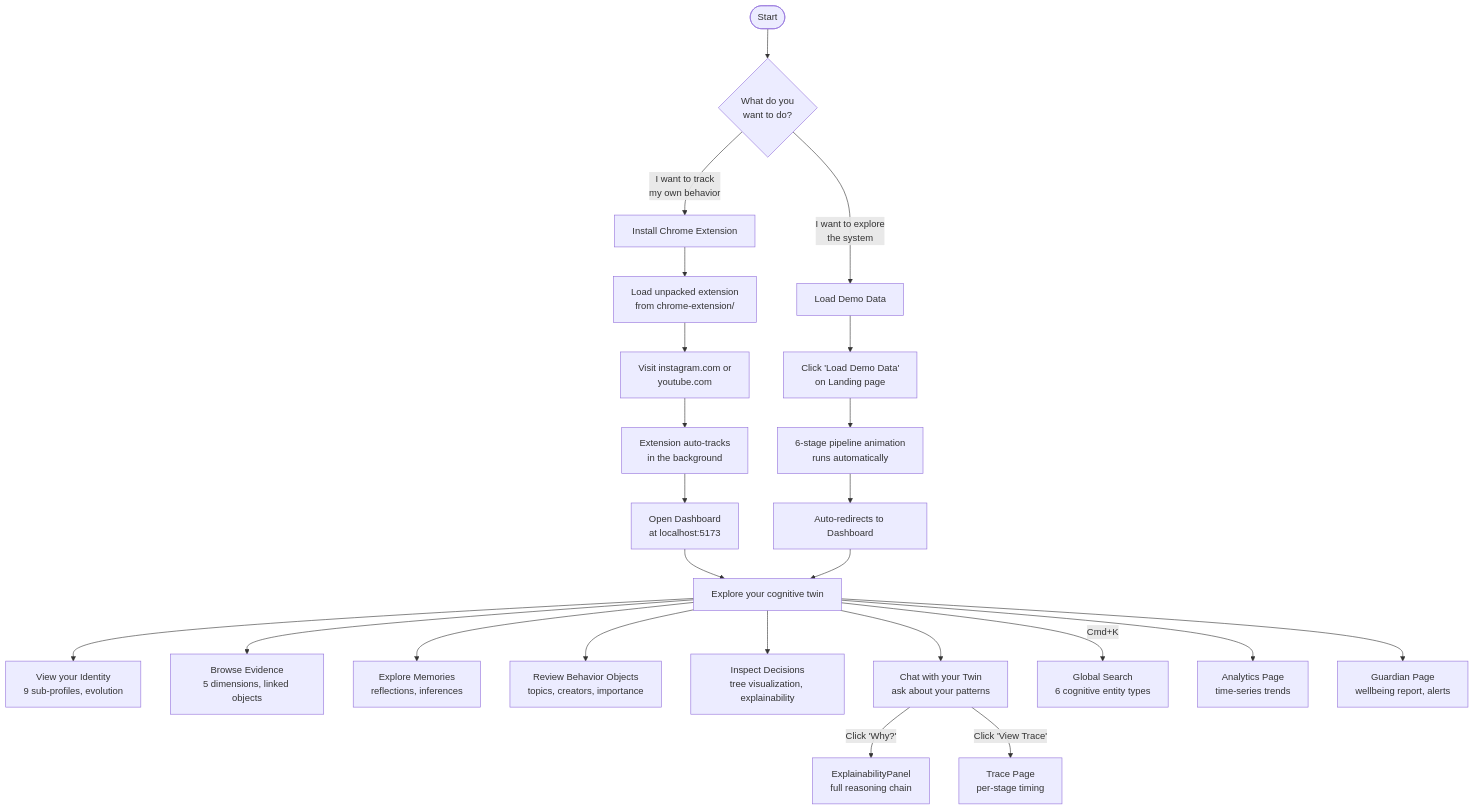
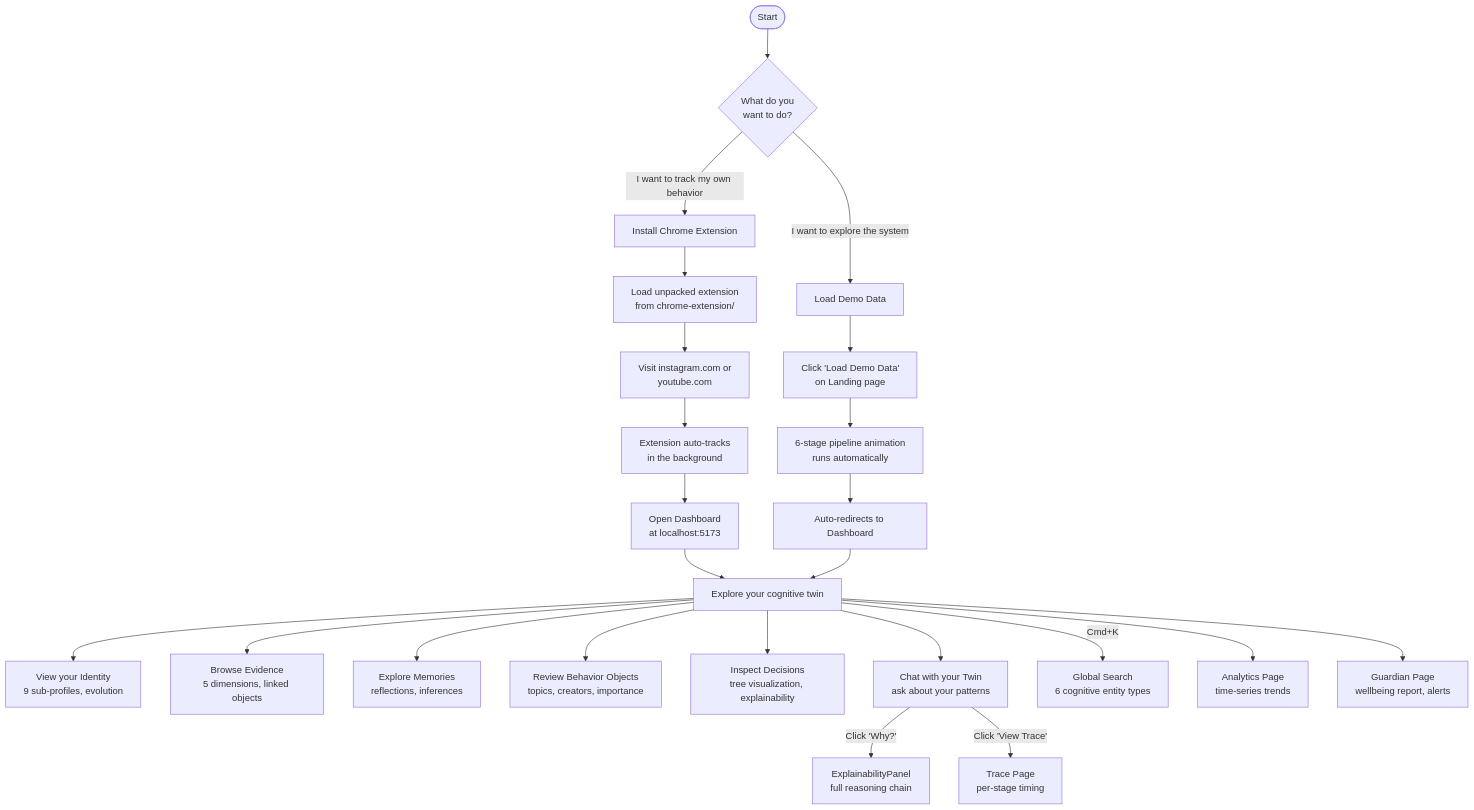
Diagram 11 of 15 in README.md (cnniranjan72/AI-Mirror), drawn with Mermaid before and after one commit. The commit also changed other lines of this file, not shown here.

First line of the commit message:
fix: fix Mermaid diagram rendering issues

````diff
--- a/README.md
+++ b/README.md
@@ -1714,33 +1718,33 @@
 ```mermaid
 flowchart TB
     START([Start]) --> CHOICE{What do you<br/>want to do?}
 
-    CHOICE -->|"I want to track<br/>my own behavior"| SETUP[Install Chrome Extension]
-    CHOICE -->|"I want to explore<br/>the system"| DEMO[Load Demo Data]
+    CHOICE -->|"I want to track my own behavior"| SETUP[Install Chrome Extension]
+    CHOICE -->|"I want to explore the system"| DEMO[Load Demo Data]
 
     SETUP --> EXT_LOAD[Load unpacked extension<br/>from chrome-extension/]
     EXT_LOAD --> VISIT[Visit instagram.com or<br/>youtube.com]
     VISIT --> TRACK[Extension auto-tracks<br/>in the background]
     TRACK --> DASH1[Open Dashboard<br/>at localhost:5173]
 
     DEMO --> CLICK[Click 'Load Demo Data'<br/>on Landing page]
     CLICK --> PIPELINE[6-stage pipeline animation<br/>runs automatically]
     PIPELINE --> DASH2[Auto-redirects to Dashboard]
 
     DASH1 --> EXPLORE[Explore your cognitive twin]
     DASH2 --> EXPLORE
 
     EXPLORE --> IDENT[View your Identity<br/>9 sub-profiles, evolution]
     EXPLORE --> EVID[Browse Evidence<br/>5 dimensions, linked objects]
     EXPLORE --> MEM[Explore Memories<br/>reflections, inferences]
     EXPLORE --> BEH[Review Behavior Objects<br/>topics, creators, importance]
     EXPLORE --> DEC[Inspect Decisions<br/>tree visualization, explainability]
     EXPLORE --> CHAT[Chat with your Twin<br/>ask about your patterns]
 
     CHAT -->|Click 'Why?'| EXPLAIN[ExplainabilityPanel<br/>full reasoning chain]
     CHAT -->|Click 'View Trace'| TRACE[Trace Page<br/>per-stage timing]
 
     EXPLORE -->|Cmd+K| SEARCH[Global Search<br/>6 cognitive entity types]
     EXPLORE --> ANALYTICS[Analytics Page<br/>time-series trends]
     EXPLORE --> GUARDIAN[Guardian Page<br/>wellbeing report, alerts]
 ```
````
